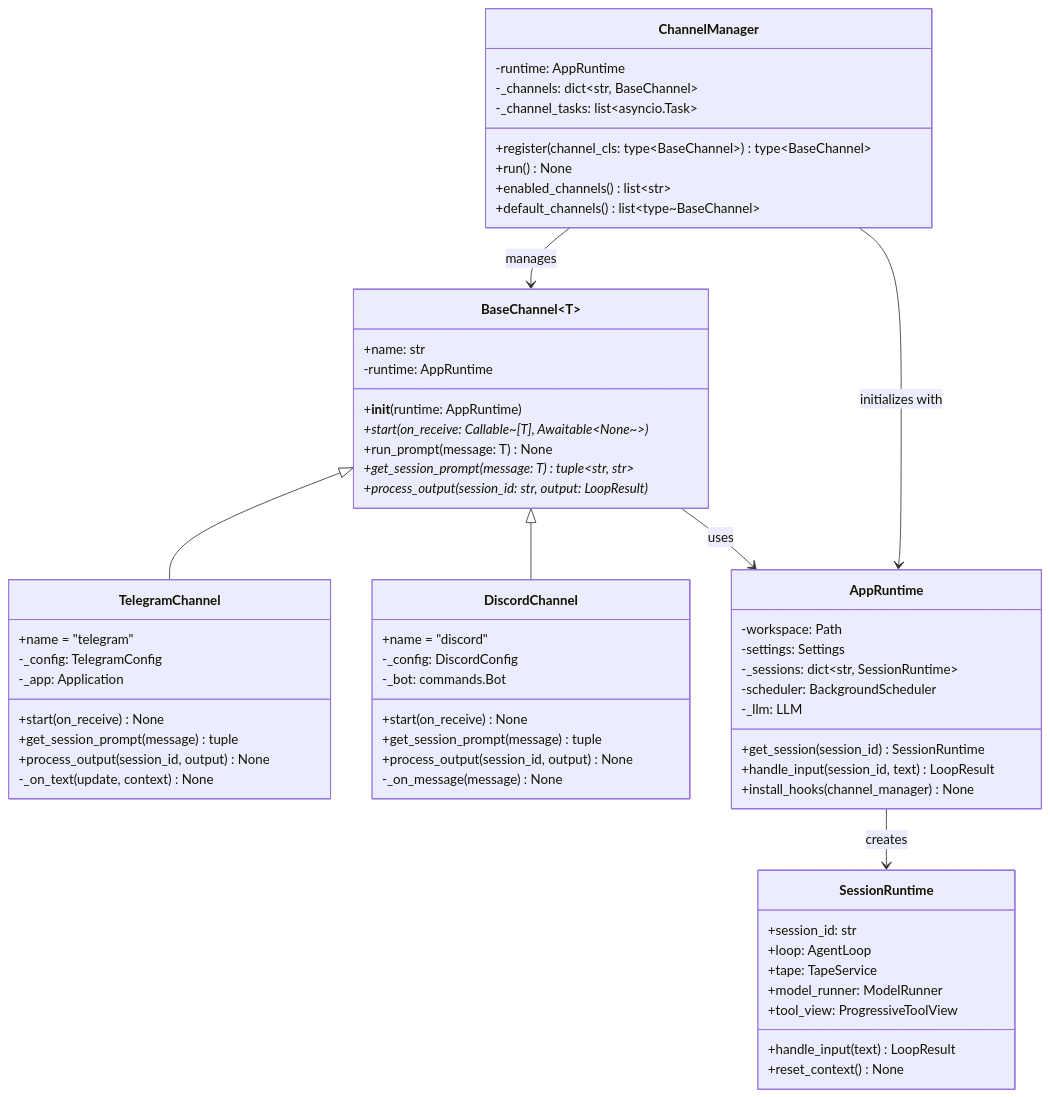
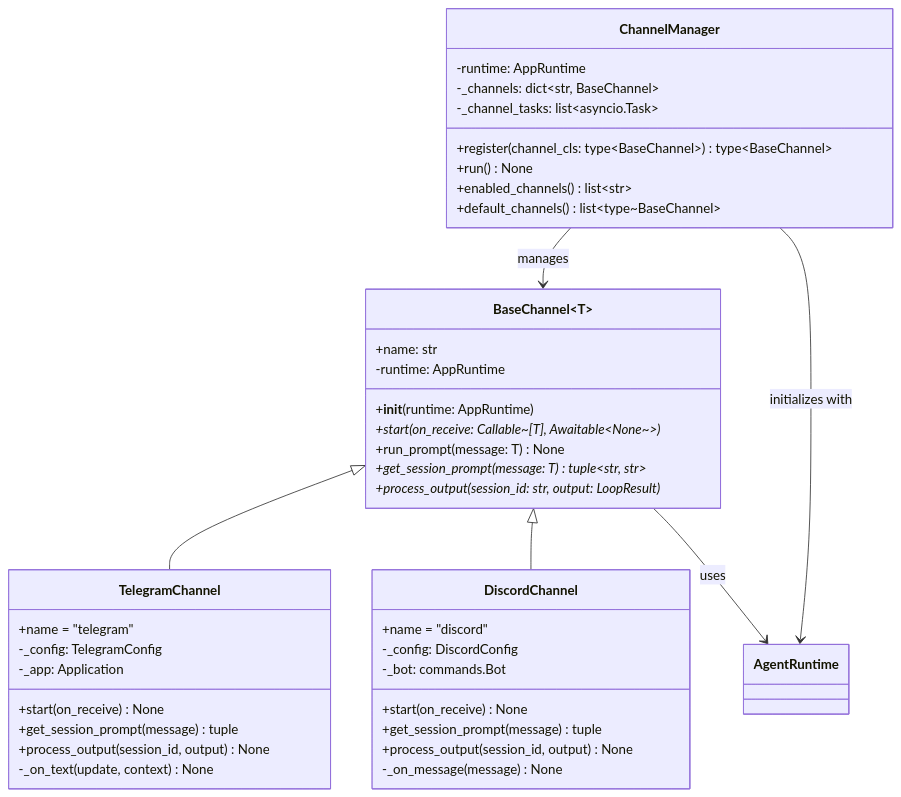
One commit to emliunix/bub changed the fourth of 4 diagrams in docs/architecture/01-class-hierarchy.md. Above: the diagram before and after it, drawn with Mermaid. The commit also changed other lines of this file and 42 other files, not shown here.

First line of the commit message:
docs: update subagent workflow and add tape architecture documentation

````diff
--- a/docs/architecture/01-class-hierarchy.md
+++ b/docs/architecture/01-class-hierarchy.md
@@ -3,70 +258,48 @@
 ```mermaid
 classDiagram
     class ChannelManager {
         -runtime: AppRuntime
         -_channels: dict~str, BaseChannel~
         -_channel_tasks: list~asyncio.Task~
         +register(channel_cls: type~BaseChannel~) type~BaseChannel~
         +run() None
         +enabled_channels() list~str~
         +default_channels() list~type~BaseChannel~
     }
 
     class BaseChannel~T~ {
         +name: str
         -runtime: AppRuntime
         +__init__(runtime: AppRuntime)
         +start(on_receive: Callable~[T], Awaitable~None~~)*
         +run_prompt(message: T) None
         +get_session_prompt(message: T) tuple~str, str~*
         +process_output(session_id: str, output: LoopResult)*
     }
 
     class TelegramChannel {
         +name = "telegram"
         -_config: TelegramConfig
         -_app: Application
         +start(on_receive) None
         +get_session_prompt(message) tuple
         +process_output(session_id, output) None
         -_on_text(update, context) None
     }
 
     class DiscordChannel {
         +name = "discord"
         -_config: DiscordConfig
         -_bot: commands.Bot
         +start(on_receive) None
         +get_session_prompt(message) tuple
         +process_output(session_id, output) None
         -_on_message(message) None
     }
 
-    class AppRuntime {
-        -workspace: Path
-        -settings: Settings
-        -_sessions: dict~str, SessionRuntime~
-        -scheduler: BackgroundScheduler
-        -_llm: LLM
-        +get_session(session_id) SessionRuntime
-        +handle_input(session_id, text) LoopResult
-        +install_hooks(channel_manager) None
-    }
-
-    class SessionRuntime {
-        +session_id: str
-        +loop: AgentLoop
-        +tape: TapeService
-        +model_runner: ModelRunner
-        +tool_view: ProgressiveToolView
-        +handle_input(text) LoopResult
-        +reset_context() None
-    }
-
     ChannelManager --> BaseChannel : manages
     BaseChannel <|-- TelegramChannel
     BaseChannel <|-- DiscordChannel
-    BaseChannel --> AppRuntime : uses
-    ChannelManager --> AppRuntime : initializes with
-    AppRuntime --> SessionRuntime : creates
+    BaseChannel --> AgentRuntime : uses
+    ChannelManager --> AgentRuntime : initializes with
 ```
````
